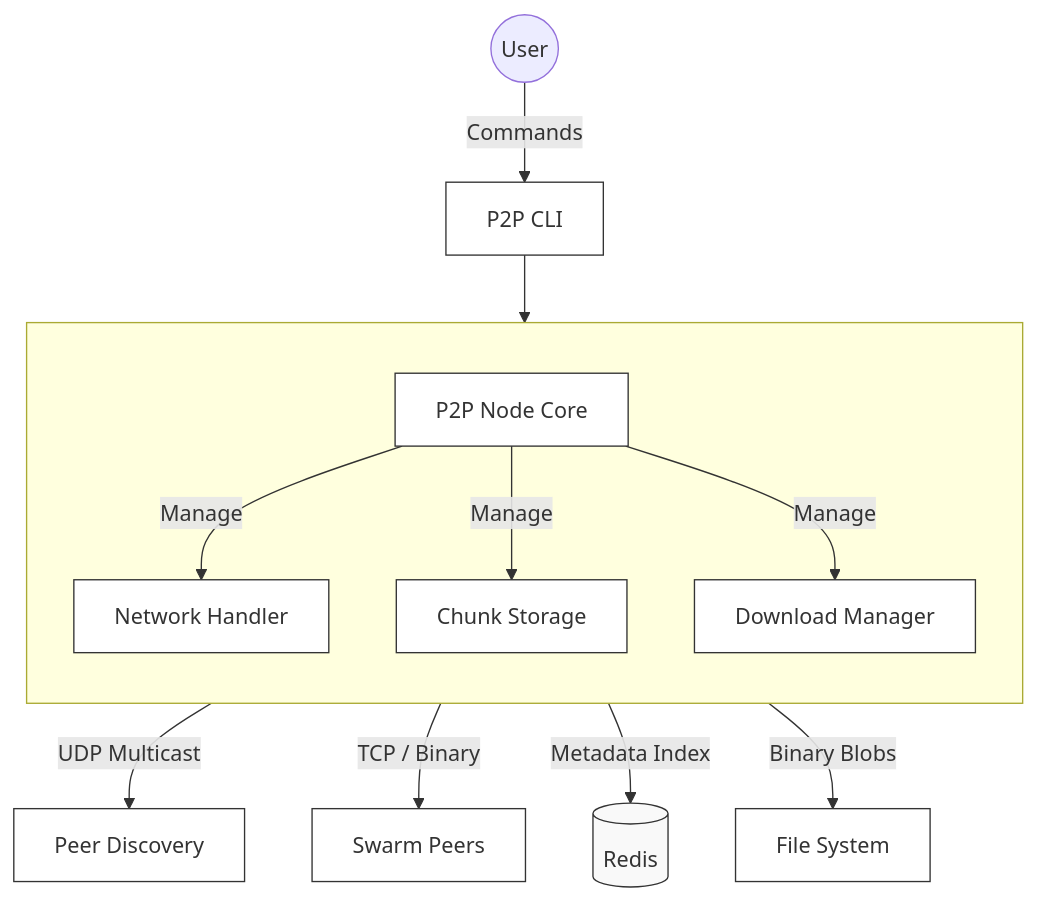
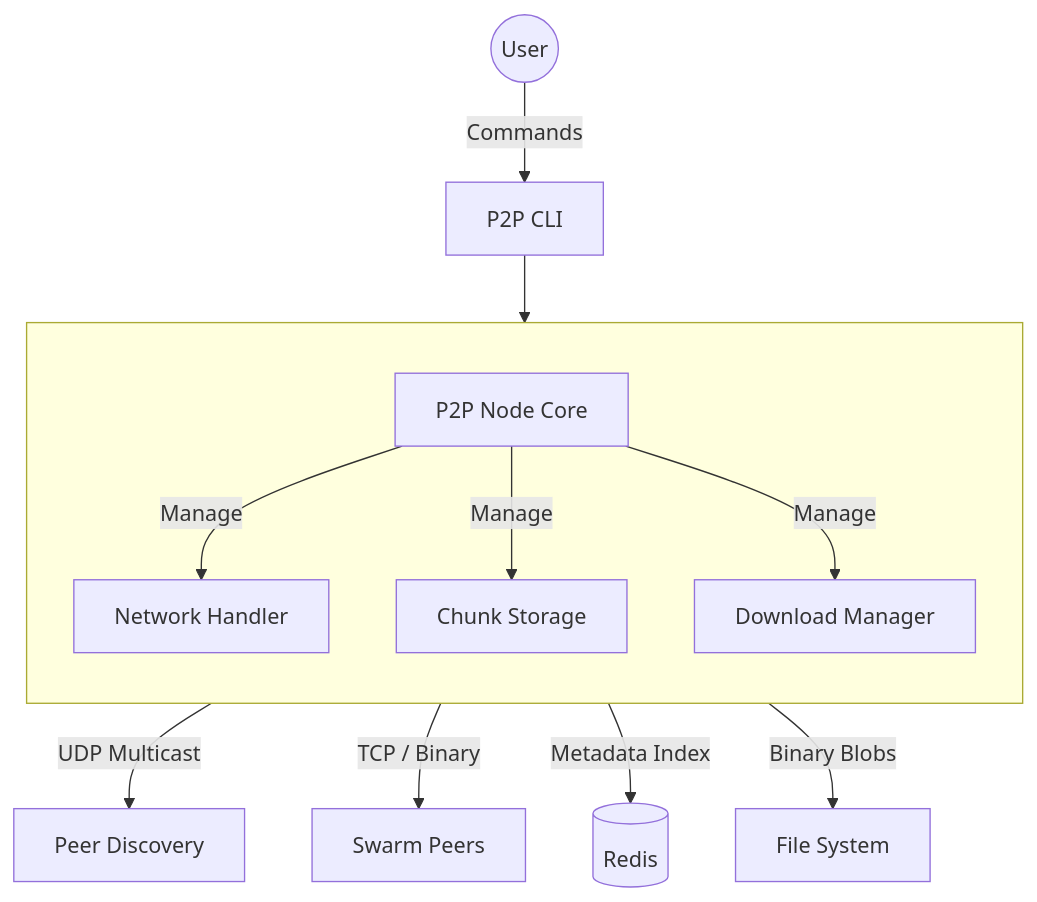
One commit to vinamras19/p2p-file-distribution changed the diagram in README.md. Above: the diagram before and after it, drawn with Mermaid.

Commit message:
docs: fix system architecture diagram

````diff
--- a/README.md
+++ b/README.md
@@ -20,29 +20,18 @@
 ```mermaid
 graph TD
-    %% Styling to be minimalist
-    classDef plain fill:#fff,stroke:#333,stroke-width:1px;
-    classDef db fill:#f9f9f9,stroke:#333,stroke-width:1px;
-    
-    %% User Entry Point
     User((User)) -->|Commands| CLI[P2P CLI]
     CLI --> Node[P2P Node Core]
     
-    %% Core Logic
     subgraph " "
         direction TB
         Node -->|Manage| Net[Network Handler]
         Node -->|Manage| Store[Chunk Storage]
         Node -->|Manage| DL[Download Manager]
     end
     
-    %% External/IO Layers
     Net -->|UDP Multicast| Disc[Peer Discovery]
     Net -->|TCP / Binary| Peers[Swarm Peers]
     
     Store -->|Metadata Index| Redis[(Redis)]
     Store -->|Binary Blobs| Disk[File System]
-    
-    %% Apply Styles
-    class CLI,Node,Net,Store,DL,Disc,Peers,Disk plain;
-    class Redis db;
 ```
````
